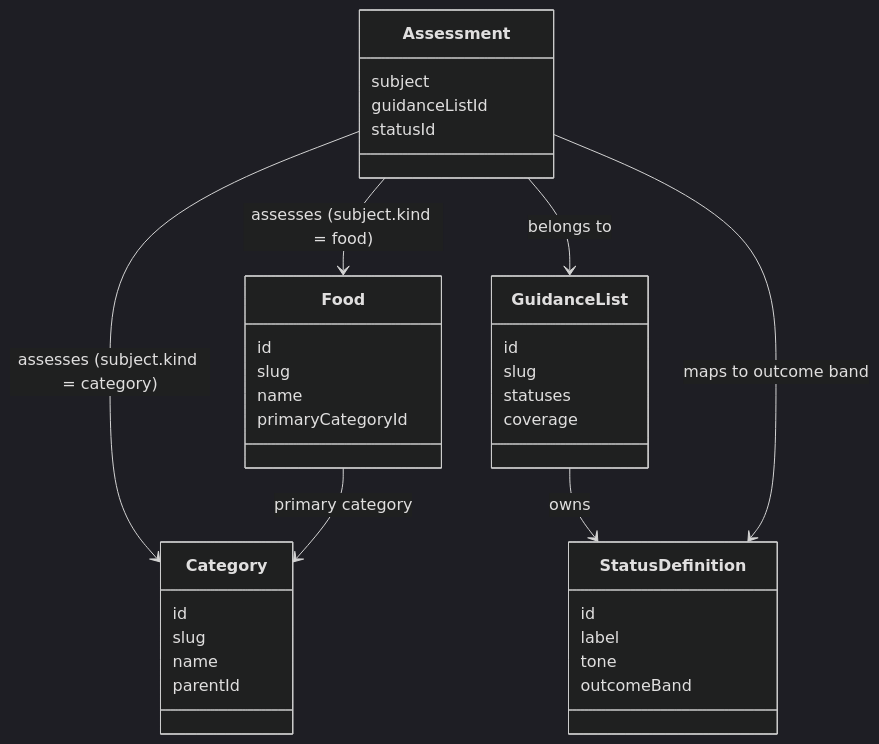
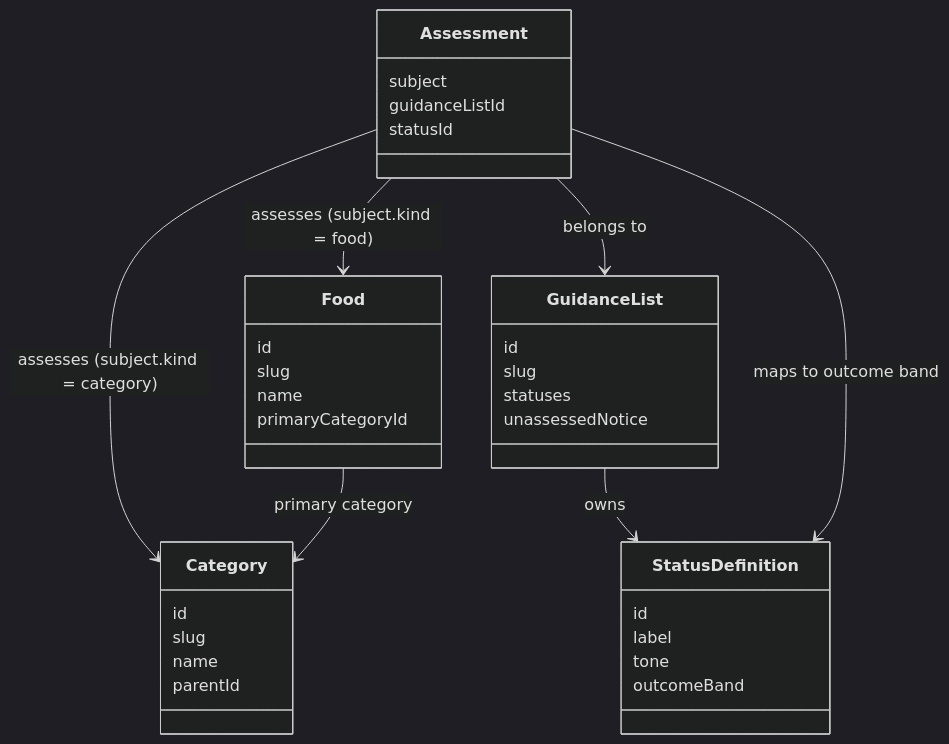
Before and after one commit to cryosis7/can-polly-eat-it: the diagram in docs/features/08-rework-guidance-scope-filtering.md, drawn with Mermaid (dark theme). The commit also changed other lines of this file and 33 other files, not shown here.

````diff
--- a/docs/features/08-rework-guidance-scope-filtering.md
+++ b/docs/features/08-rework-guidance-scope-filtering.md
@@ -49,43 +49,43 @@
 ```mermaid
 classDiagram
   class Food {
     id
     slug
     name
     primaryCategoryId
   }
 
   class Category {
     id
     slug
     name
     parentId
   }
 
   class GuidanceList {
     id
     slug
     statuses
-    coverage
+    unassessedNotice
   }
 
   class StatusDefinition {
     id
     label
     tone
     outcomeBand
   }
 
   class Assessment {
     subject
     guidanceListId
     statusId
   }
 
   Assessment --> Food : assesses (subject.kind = food)
   Assessment --> Category : assesses (subject.kind = category)
   Food --> Category : primary category
   Assessment --> GuidanceList : belongs to
   GuidanceList --> StatusDefinition : owns
   Assessment --> StatusDefinition : maps to outcome band
 ```
````
